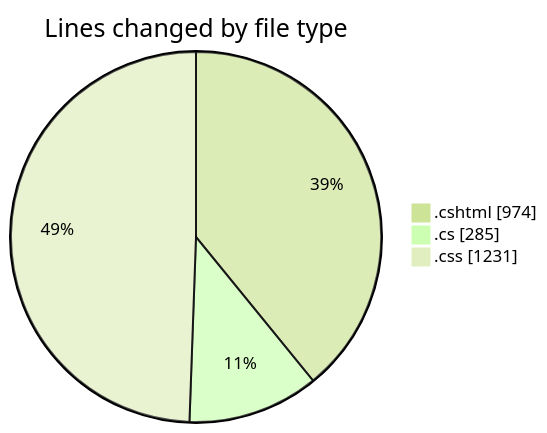
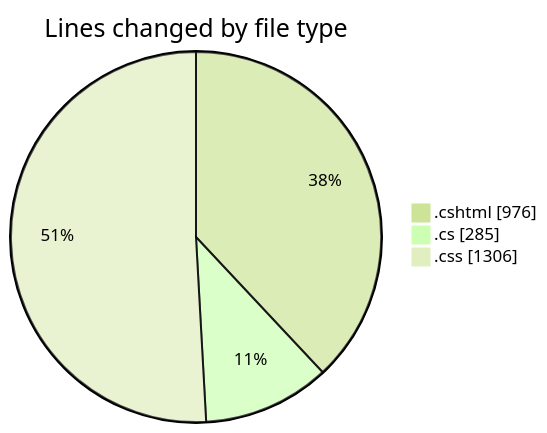
The first of 2 diagrams in 2025-07-18/nhahang/README.md (lephambinh05/code-tracking), drawn with Mermaid (forest theme) before and after one commit. The commit also changed other lines of this file and 1 other file, not shown here.

````diff
--- a/2025-07-18/nhahang/README.md
+++ b/2025-07-18/nhahang/README.md
@@ -37,7 +37,7 @@
 ```mermaid
 pie showData
 title Lines changed by file type
-".cshtml" : 974
+".cshtml" : 976
 ".cs" : 285
-".css" : 1231
+".css" : 1306
 ```
````
